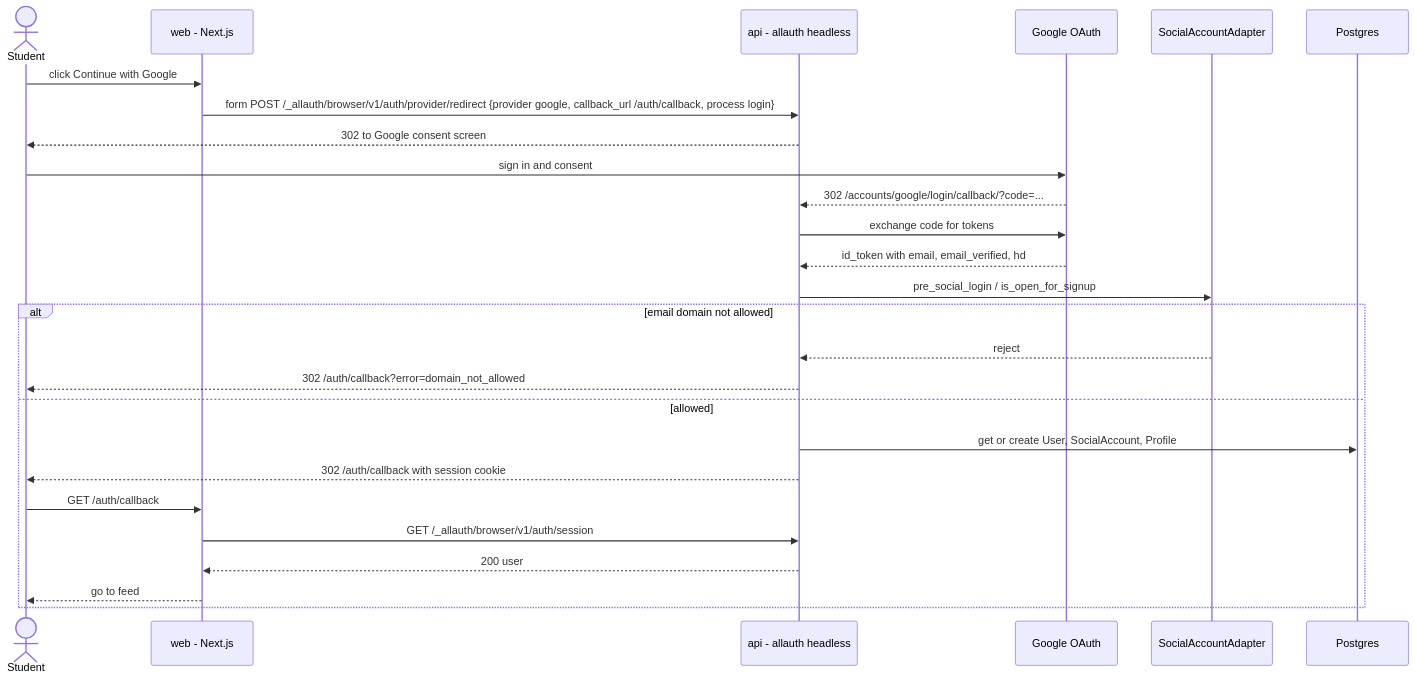
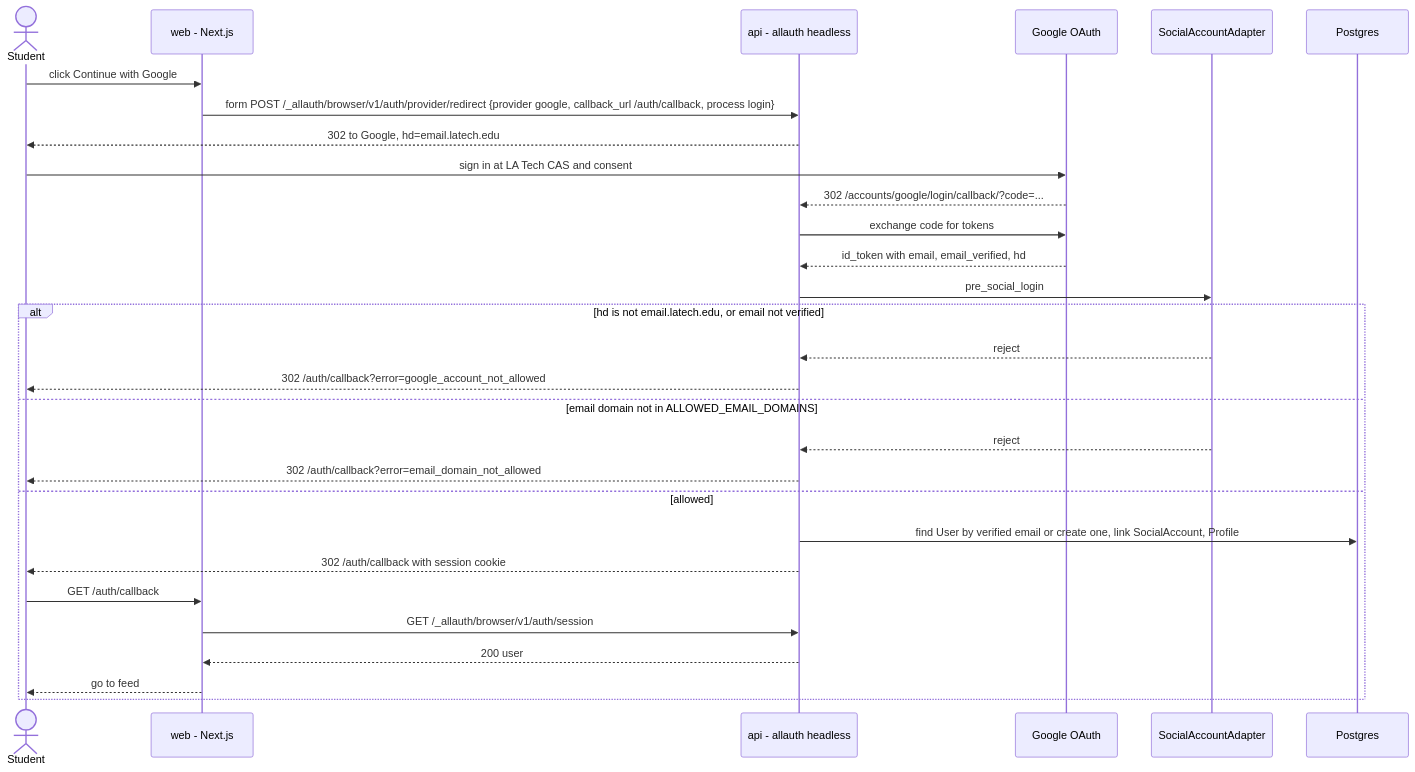
One commit to season101/teammatch changed the second of 6 diagrams in docs/architecture/flows.md. Above: the diagram before and after it, drawn with Mermaid. The commit also changed other lines of this file and 7 other files, not shown here.

First line of the commit message:
docs: Google sign-in and identity federation page, ADR 0007 (#134)

````diff
--- a/docs/architecture/flows.md
+++ b/docs/architecture/flows.md
@@ -43,29 +43,32 @@
 ```mermaid
 sequenceDiagram
     actor U as Student
     participant W as web - Next.js
     participant A as api - allauth headless
     participant G as Google OAuth
     participant AD as SocialAccountAdapter
     participant DB as Postgres
 
     U->>W: click Continue with Google
     W->>A: form POST /_allauth/browser/v1/auth/provider/redirect {provider google, callback_url /auth/callback, process login}
-    A-->>U: 302 to Google consent screen
-    U->>G: sign in and consent
+    A-->>U: 302 to Google, hd=email.latech.edu
+    U->>G: sign in at LA Tech CAS and consent
     G-->>A: 302 /accounts/google/login/callback/?code=...
     A->>G: exchange code for tokens
     G-->>A: id_token with email, email_verified, hd
-    A->>AD: pre_social_login / is_open_for_signup
-    alt email domain not allowed
+    A->>AD: pre_social_login
+    alt hd is not email.latech.edu, or email not verified
         AD-->>A: reject
-        A-->>U: 302 /auth/callback?error=domain_not_allowed
+        A-->>U: 302 /auth/callback?error=google_account_not_allowed
+    else email domain not in ALLOWED_EMAIL_DOMAINS
+        AD-->>A: reject
+        A-->>U: 302 /auth/callback?error=email_domain_not_allowed
     else allowed
-        A->>DB: get or create User, SocialAccount, Profile
+        A->>DB: find User by verified email or create one, link SocialAccount, Profile
         A-->>U: 302 /auth/callback with session cookie
         U->>W: GET /auth/callback
         W->>A: GET /_allauth/browser/v1/auth/session
         A-->>W: 200 user
         W-->>U: go to feed
     end
 ```
````
